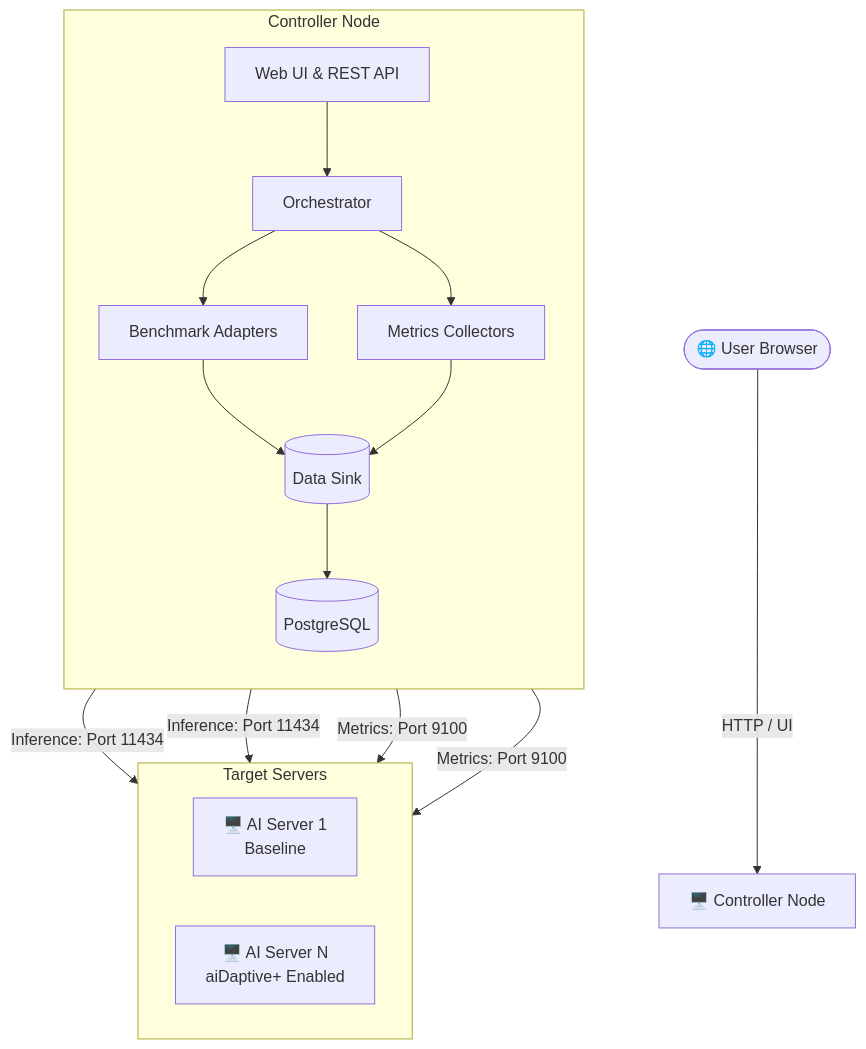
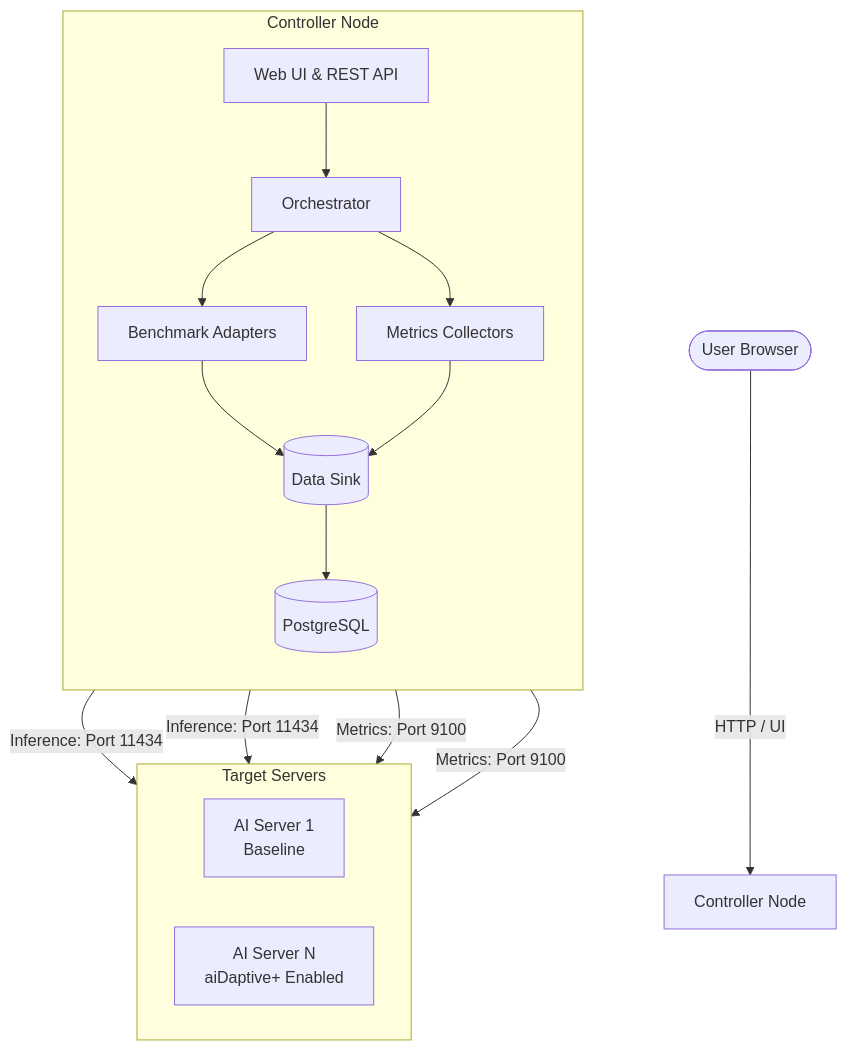
One commit to MrPhuocTan/aidaptive-benchmark changed the first of 3 diagrams in readme.md. Above: the diagram before and after it, drawn with Mermaid. The commit also changed other lines of this file, not shown here.

````diff
--- a/readme.md
+++ b/readme.md
@@ -54,26 +54,26 @@
 ```mermaid
 graph TD
-    User([🌐 User Browser]) -->|HTTP / UI| App[🖥️ Controller Node]
+    User([User Browser]) -->|HTTP / UI| App[Controller Node]
     
     subgraph Controller Node
         direction TB
         UI[Web UI & REST API] --> Orch[Orchestrator]
         Orch --> Adapters[Benchmark Adapters]
         Orch --> Collectors[Metrics Collectors]
         Adapters --> DS[(Data Sink)]
         Collectors --> DS
         DS --> DB[(PostgreSQL)]
     end
     
     Adapters -->|Inference: Port 11434| S1
     Adapters -->|Inference: Port 11434| SN
     
     Collectors -->|Metrics: Port 9100| S1
     Collectors -->|Metrics: Port 9100| SN
 
     subgraph Target Servers
         direction LR
-        S1[🖥️ AI Server 1<br/>Baseline]
-        SN[🖥️ AI Server N<br/>aiDaptive+ Enabled]
+        S1[AI Server 1<br/>Baseline]
+        SN[AI Server N<br/>aiDaptive+ Enabled]
     end
 ```
````
